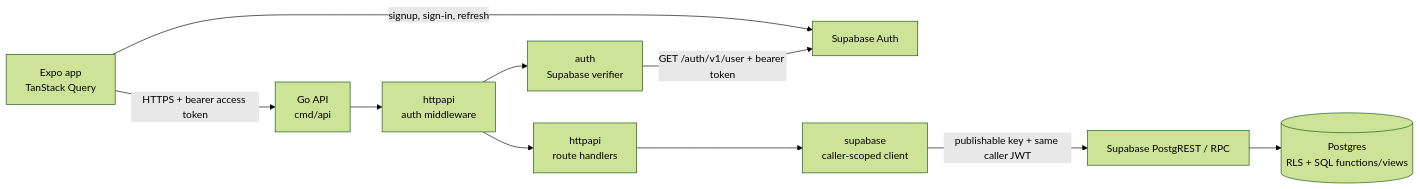
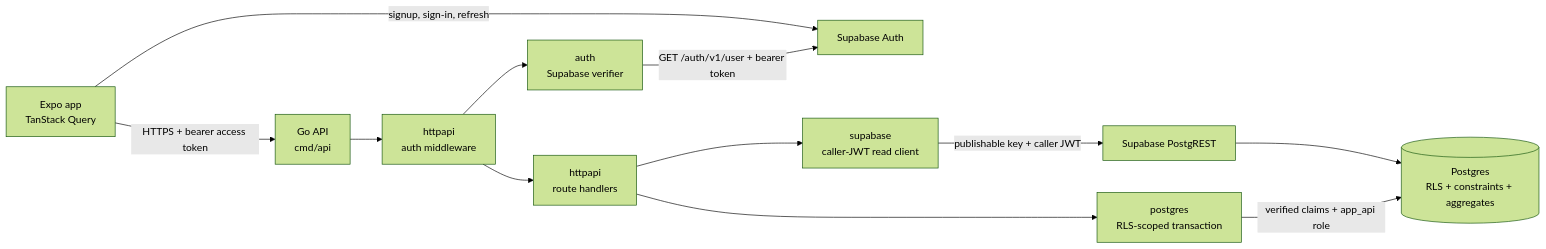
One commit to ehsanpanahy/PersonalExpenditure changed the diagram in docs/ARCHITECTURE.md. Above: the diagram before and after it, drawn with Mermaid (forest theme). The commit also changed other lines of this file and 17 other files, not shown here.

Commit message:
Change: Application workflow moved from sql postgres to go backend

````diff
--- a/docs/ARCHITECTURE.md
+++ b/docs/ARCHITECTURE.md
@@ -610,22 +608,25 @@
 ```mermaid
 flowchart LR
     App["Expo app<br/>TanStack Query"]
     Auth["Supabase Auth"]
     API["Go API<br/>cmd/api"]
     Middleware["httpapi<br/>auth middleware"]
     Verifier["auth<br/>Supabase verifier"]
     Handler["httpapi<br/>route handlers"]
-    Adapter["supabase<br/>caller-scoped client"]
-    REST["Supabase PostgREST / RPC"]
-    DB[("Postgres<br/>RLS + SQL functions/views")]
+    Adapter["supabase<br/>caller-JWT read client"]
+    Store["postgres<br/>RLS-scoped transaction"]
+    REST["Supabase PostgREST"]
+    DB[("Postgres<br/>RLS + constraints + aggregates")]
 
     App -->|"signup, sign-in, refresh"| Auth
     App -->|"HTTPS + bearer access token"| API
     API --> Middleware
     Middleware --> Verifier
     Verifier -->|"GET /auth/v1/user + bearer token"| Auth
     Middleware --> Handler
     Handler --> Adapter
-    Adapter -->|"publishable key + same caller JWT"| REST
+    Handler --> Store
+    Adapter -->|"publishable key + caller JWT"| REST
     REST --> DB
+    Store -->|"verified claims + app_api role"| DB
 ```
````
